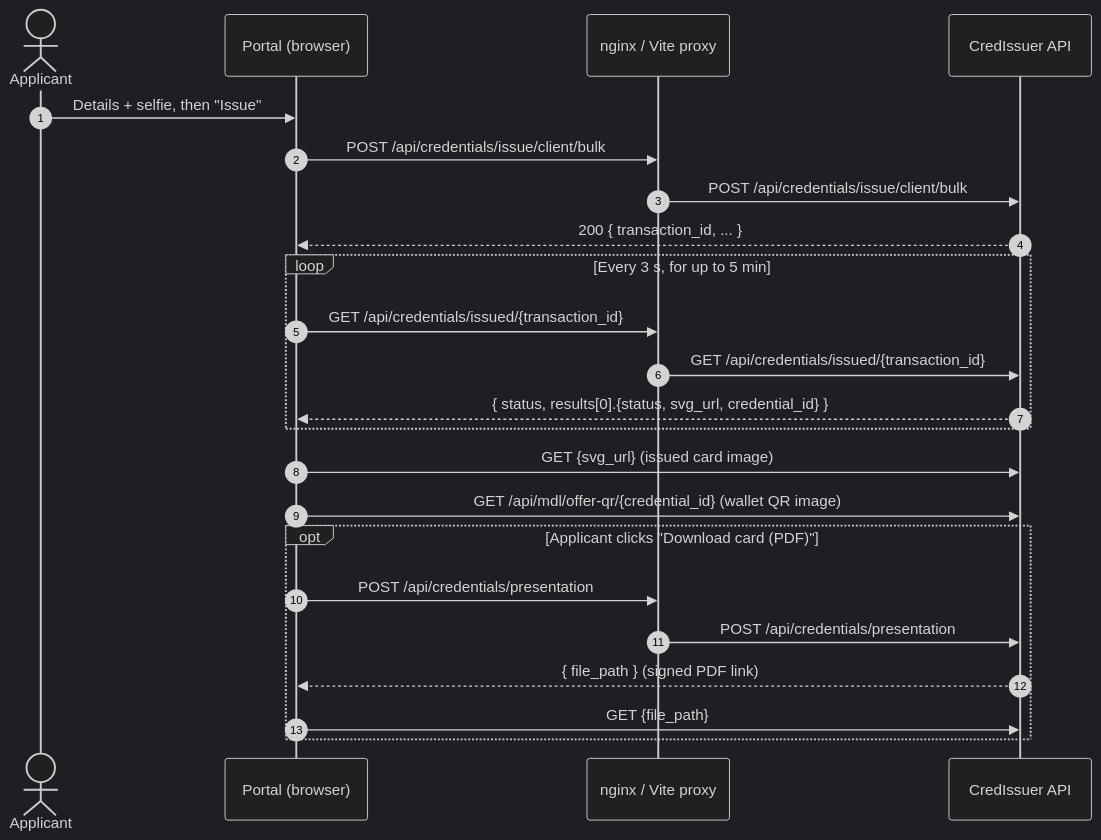
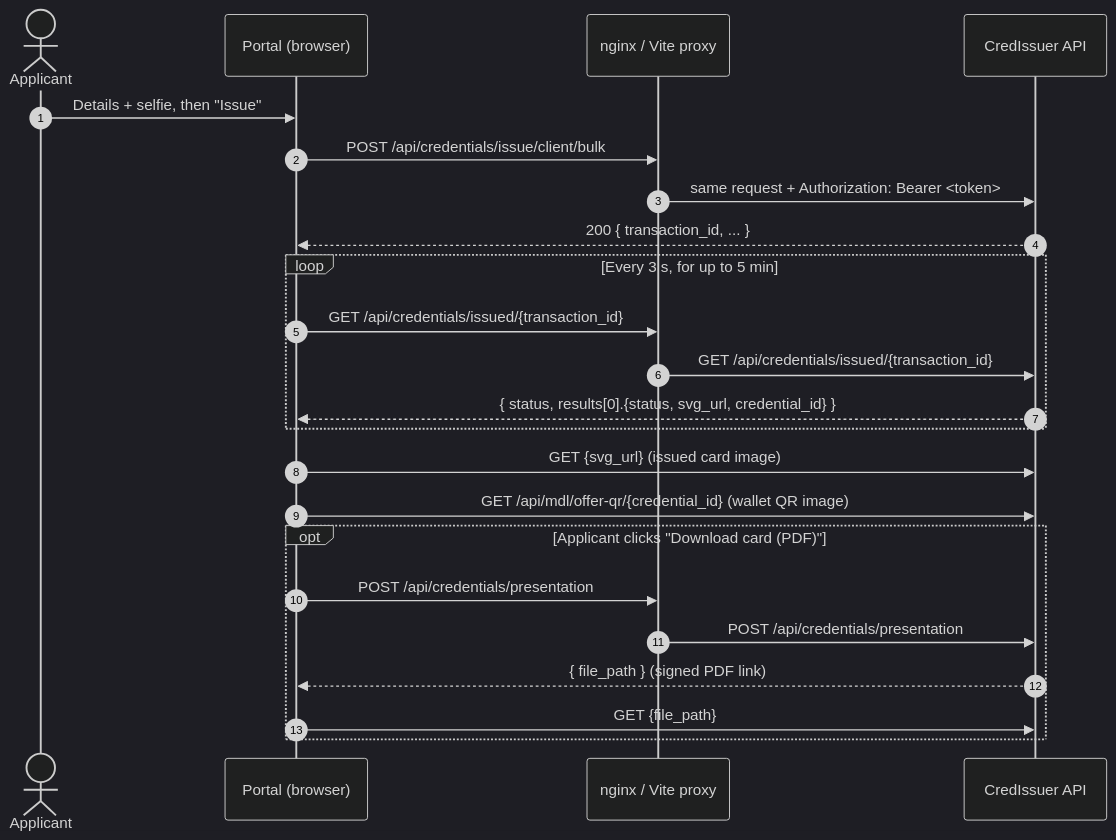
The diagram in docs/issuer-integration.md (ooru-digital/digital-id-web), drawn with Mermaid (dark theme) before and after one commit. The commit also changed other lines of this file and 10 other files, not shown here.

Commit message:
Keep issuer API token server-side: nginx adds Authorization from runtime env

````diff
--- a/docs/issuer-integration.md
+++ b/docs/issuer-integration.md
@@ -16,29 +16,29 @@
 ```mermaid
 sequenceDiagram
     autonumber
     actor Applicant
     participant Portal as Portal (browser)
     participant Proxy as nginx / Vite proxy
     participant CI as CredIssuer API
 
     Applicant->>Portal: Details + selfie, then "Issue"
     Portal->>Proxy: POST /api/credentials/issue/client/bulk
-    Proxy->>CI: POST /api/credentials/issue/client/bulk
+    Proxy->>CI: same request + Authorization: Bearer <token>
     CI-->>Portal: 200 { transaction_id, ... }
 
     loop Every 3 s, for up to 5 min
         Portal->>Proxy: GET /api/credentials/issued/{transaction_id}
         Proxy->>CI: GET /api/credentials/issued/{transaction_id}
         CI-->>Portal: { status, results[0].{status, svg_url, credential_id} }
     end
 
     Portal->>CI: GET {svg_url} (issued card image)
     Portal->>CI: GET /api/mdl/offer-qr/{credential_id} (wallet QR image)
 
     opt Applicant clicks "Download card (PDF)"
         Portal->>Proxy: POST /api/credentials/presentation
         Proxy->>CI: POST /api/credentials/presentation
         CI-->>Portal: { file_path } (signed PDF link)
         Portal->>CI: GET {file_path}
     end
 ```
````
